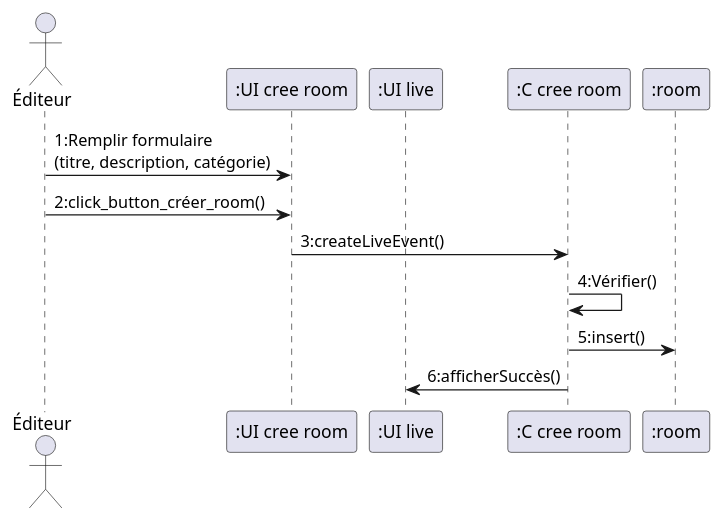
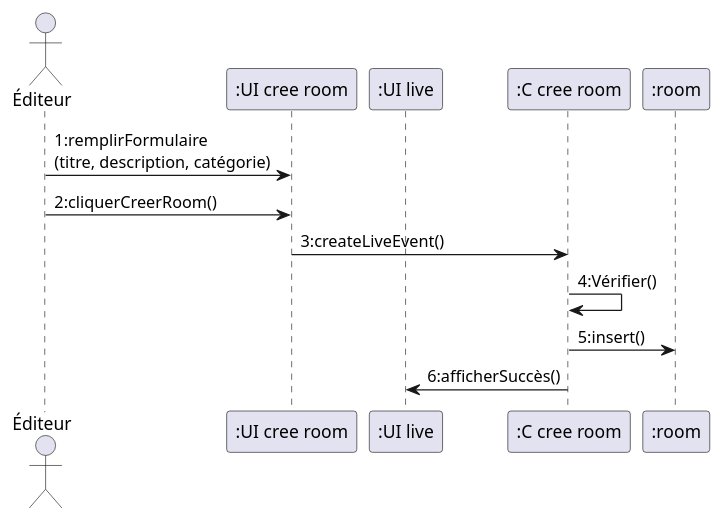
Before and after one commit to benslimenmohamedaziz3-bot/diagrammes: the diagram in Desktop/rapport/sequence/creeroom.puml, drawn with PlantUML. The commit also changed 17 other files, not shown here.

```diff
--- a/Desktop/rapport/sequence/creeroom.puml
+++ b/Desktop/rapport/sequence/creeroom.puml
@@ -1,15 +1,15 @@
 @startuml
 actor "Éditeur" as Editeur
 participant ":UI cree room" as Frontend
 participant ":UI live" as LiveUI
 participant ":C cree room" as Service
 participant ":room" as Backend
 
 
-Editeur -> Frontend : 1:Remplir formulaire\n(titre, description, catégorie)
-Editeur -> Frontend : 2:click_button_créer_room()
+Editeur -> Frontend : 1:remplirFormulaire\n(titre, description, catégorie)
+Editeur -> Frontend : 2:cliquerCreerRoom()
 Frontend -> Service : 3:createLiveEvent()
 Service -> Service : 4:Vérifier()
 Service -> Backend : 5:insert()
 Service -> LiveUI : 6:afficherSuccès()
 @enduml
```
